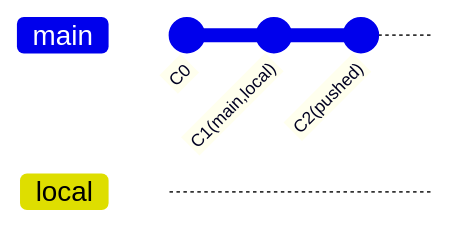
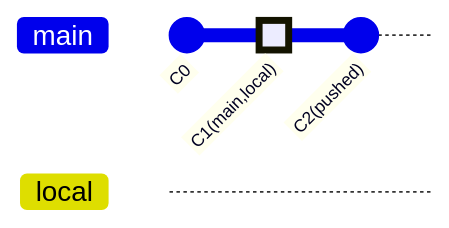
The sixth of 11 diagrams in slides.md (heng1025/git-slides), drawn with Mermaid before and after one commit. The commit also changed other lines of this file and 1 other file, not shown here.

````diff
--- a/slides.md
+++ b/slides.md
@@ -175,8 +173,8 @@
 ```mermaid
 gitGraph
   commit id: "C0"
-  commit id: "C1(main,local)"
+  commit id: "C1(main,local)" type: HIGHLIGHT
   checkout main
   commit id: "C2(pushed)"
   branch local
 ```
````
